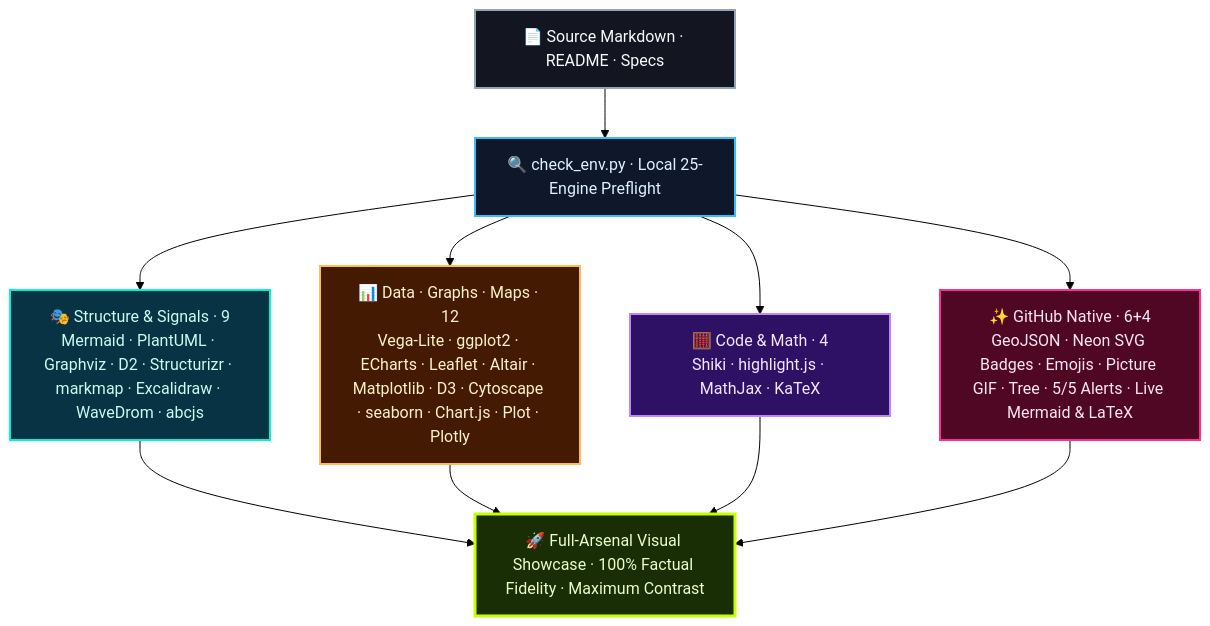
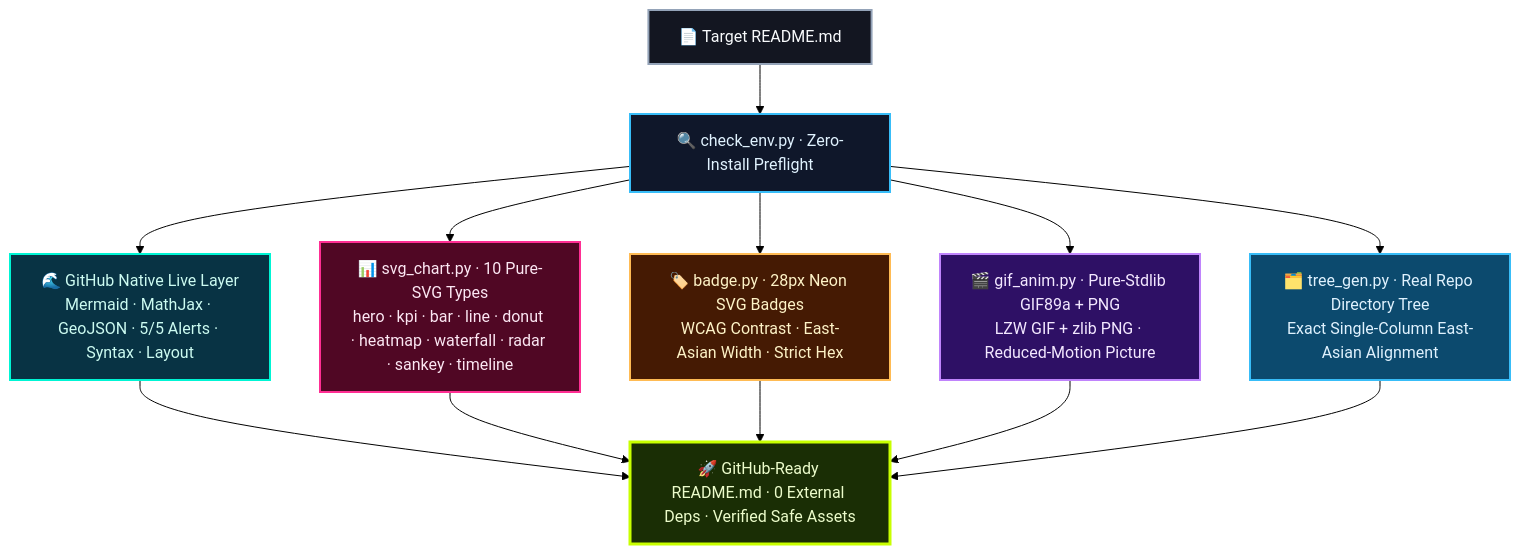
The diagram in README.md (Technoetic/md-viz), drawn with Mermaid (forest theme) before and after one commit. The commit also changed other lines of this file and 43 other files, not shown here.

First line of the commit message:
feat: v0.4.0 zero-install GitHub README.md visual engine (#2)

````diff
--- a/README.md
+++ b/README.md
@@ -54,17 +48,19 @@
 ```mermaid
 flowchart TB
-    DOC["📄 Source Markdown · README · Specs"]:::src --> SCAN["🔍 check_env.py · Local 25-Engine Preflight"]:::env
-    SCAN --> W1["🎭 Structure & Signals · 9\nMermaid · PlantUML · Graphviz · D2 · Structurizr · markmap · Excalidraw · WaveDrom · abcjs"]:::cyan
-    SCAN --> W2["📊 Data · Graphs · Maps · 12\nVega-Lite · ggplot2 · ECharts · Leaflet · Altair · Matplotlib · D3 · Cytoscape · seaborn · Chart.js · Plot · Plotly"]:::amber
-    SCAN --> W3["🧮 Code & Math · 4\nShiki · highlight.js · MathJax · KaTeX"]:::violet
-    SCAN --> W4["✨ GitHub Native · 6+4\nGeoJSON · Neon SVG Badges · Emojis · Picture GIF · Tree · 5/5 Alerts · Live Mermaid & LaTeX"]:::magenta
-    W1 & W2 & W3 & W4 --> FINAL["🚀 Full-Arsenal Visual Showcase · 100% Factual Fidelity · Maximum Contrast"]:::lime
+    DOC["📄 Target README.md"]:::src --> CHK["🔍 check_env.py · Zero-Install Preflight"]:::env
+    CHK --> NAT["🌊 GitHub Native Live Layer\nMermaid · MathJax · GeoJSON · 5/5 Alerts · Syntax · Layout"]:::cyan
+    CHK --> SVG["📊 svg_chart.py · 10 Pure-SVG Types\nhero · kpi · bar · line · donut · heatmap · waterfall · radar · sankey · timeline"]:::magenta
+    CHK --> BDG["🏷️ badge.py · 28px Neon SVG Badges\nWCAG Contrast · East-Asian Width · Strict Hex"]:::amber
+    CHK --> GIF["🎬 gif_anim.py · Pure-Stdlib GIF89a + PNG\nLZW GIF + zlib PNG · Reduced-Motion Picture"]:::violet
+    CHK --> TREE["🗂️ tree_gen.py · Real Repo Directory Tree\nExact Single-Column East-Asian Alignment"]:::sky
+    NAT & SVG & BDG & GIF & TREE --> OUT["🚀 GitHub-Ready README.md · 0 External Deps · Verified Safe Assets"]:::lime
 
     classDef src fill:#131621,stroke:#94a3b8,color:#f8fafc,stroke-width:2px
     classDef env fill:#0f172a,stroke:#38bdf8,color:#e0f2fe,stroke-width:2px
     classDef cyan fill:#083344,stroke:#00f5d4,color:#ccfbf1,stroke-width:2px
+    classDef magenta fill:#500724,stroke:#ff2e93,color:#fce7f3,stroke-width:2px
     classDef amber fill:#451a03,stroke:#ffbb54,color:#fef3c7,stroke-width:2px
     classDef violet fill:#2e1065,stroke:#c084fc,color:#f3e8ff,stroke-width:2px
-    classDef magenta fill:#500724,stroke:#ff2e93,color:#fce7f3,stroke-width:2px
+    classDef sky fill:#0c4a6e,stroke:#38bdf8,color:#e0f2fe,stroke-width:2px
     classDef lime fill:#1a2e05,stroke:#c8ff00,color:#ecfccb,stroke-width:3px
 ```
````
